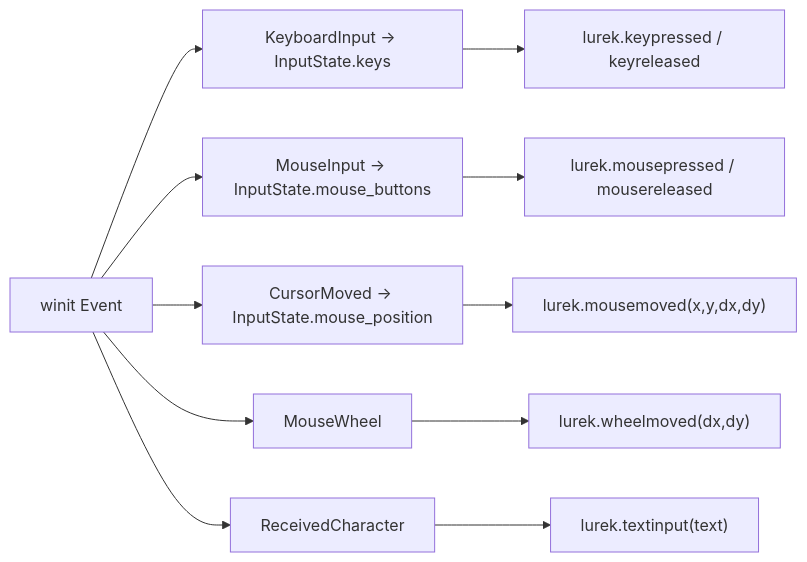
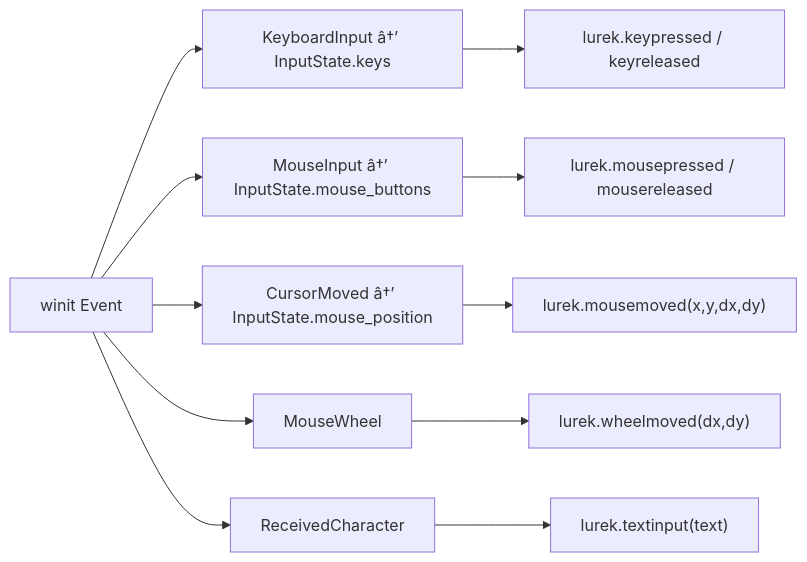
The fourth of 7 diagrams in docs/architecture/engine-architecture.md (Lurek2D/lurek_2d), drawn with Mermaid before and after one commit. The commit also changed other lines of this file and 174 other files, not shown here.

````diff
--- a/docs/architecture/engine-architecture.md
+++ b/docs/architecture/engine-architecture.md
@@ -395,13 +395,13 @@
 ```mermaid
 flowchart LR
-    W[winit Event] --> K[KeyboardInput → InputState.keys]
-    W --> M[MouseInput → InputState.mouse_buttons]
-    W --> P[CursorMoved → InputState.mouse_position]
+    W[winit Event] --> K[KeyboardInput â†’ InputState.keys]
+    W --> M[MouseInput â†’ InputState.mouse_buttons]
+    W --> P[CursorMoved â†’ InputState.mouse_position]
     W --> S[MouseWheel]
     W --> T[ReceivedCharacter]
     K --> LK[lurek.keypressed / keyreleased]
     M --> LM[lurek.mousepressed / mousereleased]
     P --> LP["lurek.mousemoved(x,y,dx,dy)"]
     S --> LS["lurek.wheelmoved(dx,dy)"]
     T --> LT["lurek.textinput(text)"]
 ```
````
